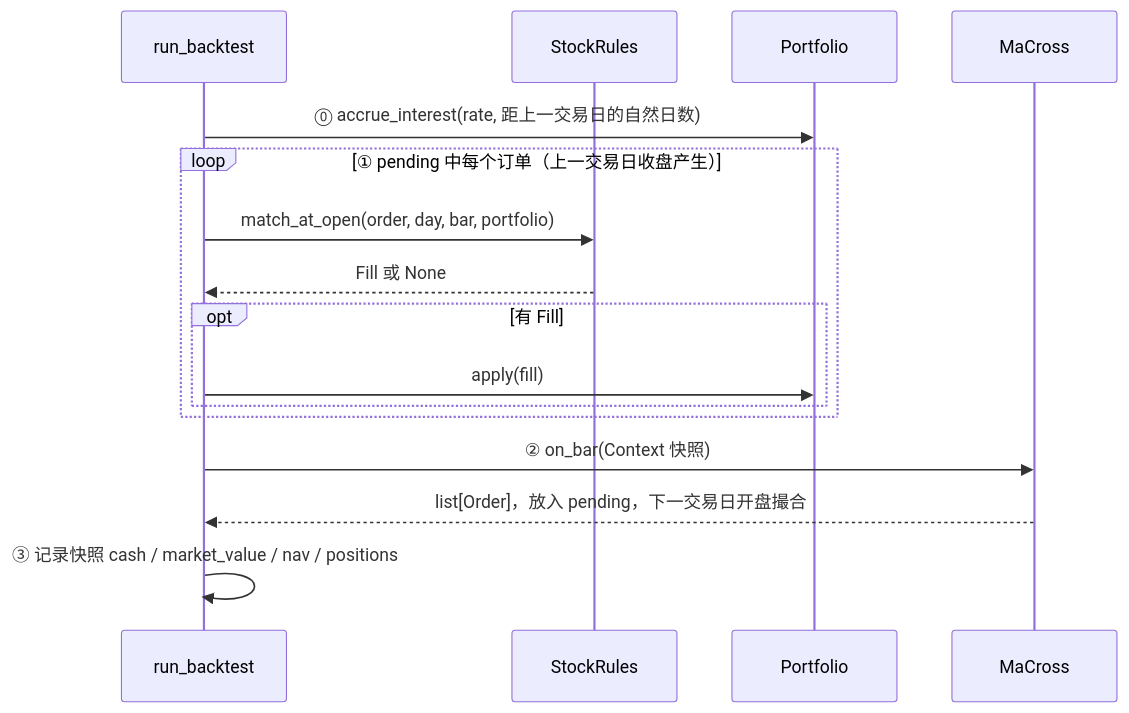
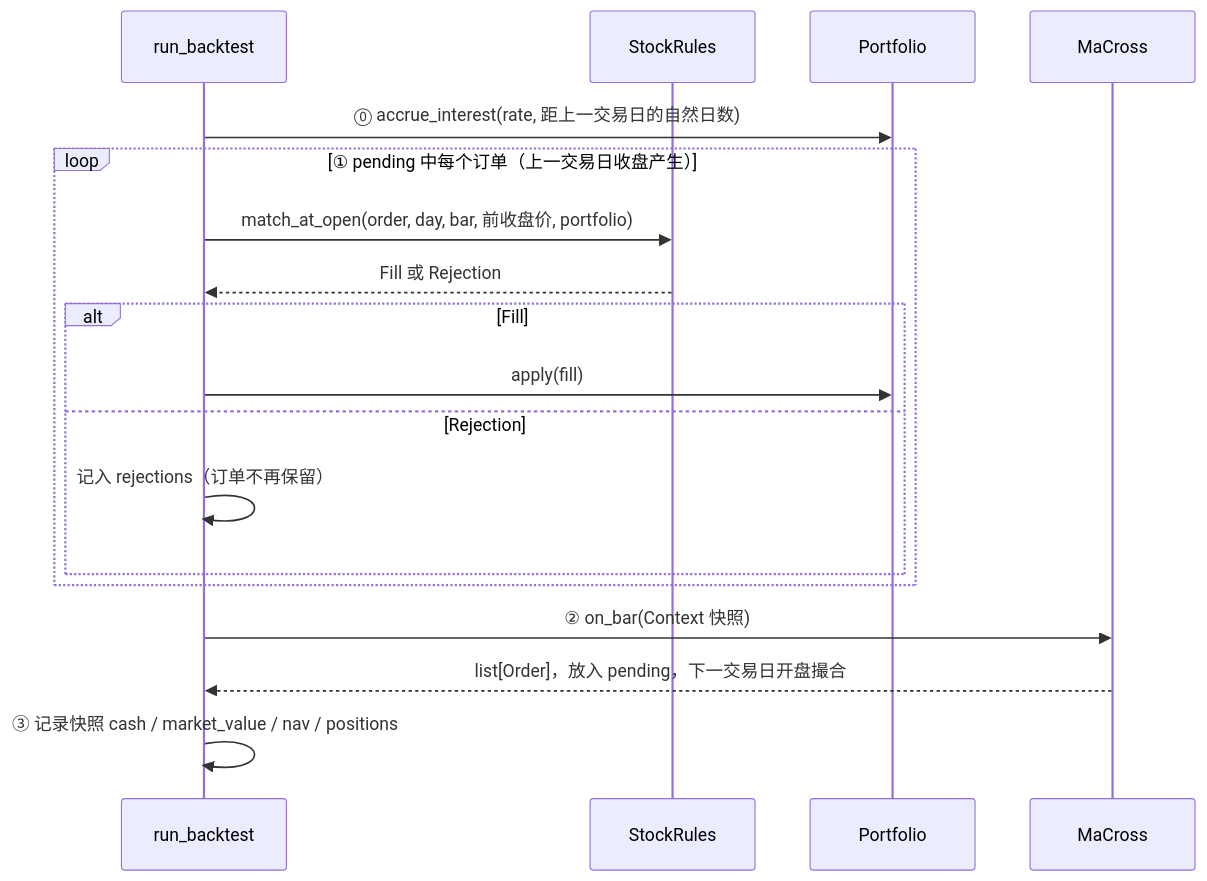
Before and after one commit to guevara12345/quant: the seventh of 23 diagrams in docs/code-walkthrough.md, drawn with Mermaid. The commit also changed other lines of this file and 16 other files, not shown here.

````diff
--- a/docs/code-walkthrough.md
+++ b/docs/code-walkthrough.md
@@ -345,19 +385,21 @@
 ```mermaid
 sequenceDiagram
     participant E as run_backtest
     participant R as StockRules
     participant P as Portfolio
     participant ST as MaCross
 
     E->>P: ⓪ accrue_interest(rate, 距上一交易日的自然日数)
     loop ① pending 中每个订单（上一交易日收盘产生）
-        E->>R: match_at_open(order, day, bar, portfolio)
-        R-->>E: Fill 或 None
-        opt 有 Fill
+        E->>R: match_at_open(order, day, bar, 前收盘价, portfolio)
+        R-->>E: Fill 或 Rejection
+        alt Fill
             E->>P: apply(fill)
+        else Rejection
+            E->>E: 记入 rejections（订单不再保留）
         end
     end
     E->>ST: ② on_bar(Context 快照)
     ST-->>E: list[Order]，放入 pending，下一交易日开盘撮合
     E->>E: ③ 记录快照 cash / market_value / nav / positions
 ```
````
